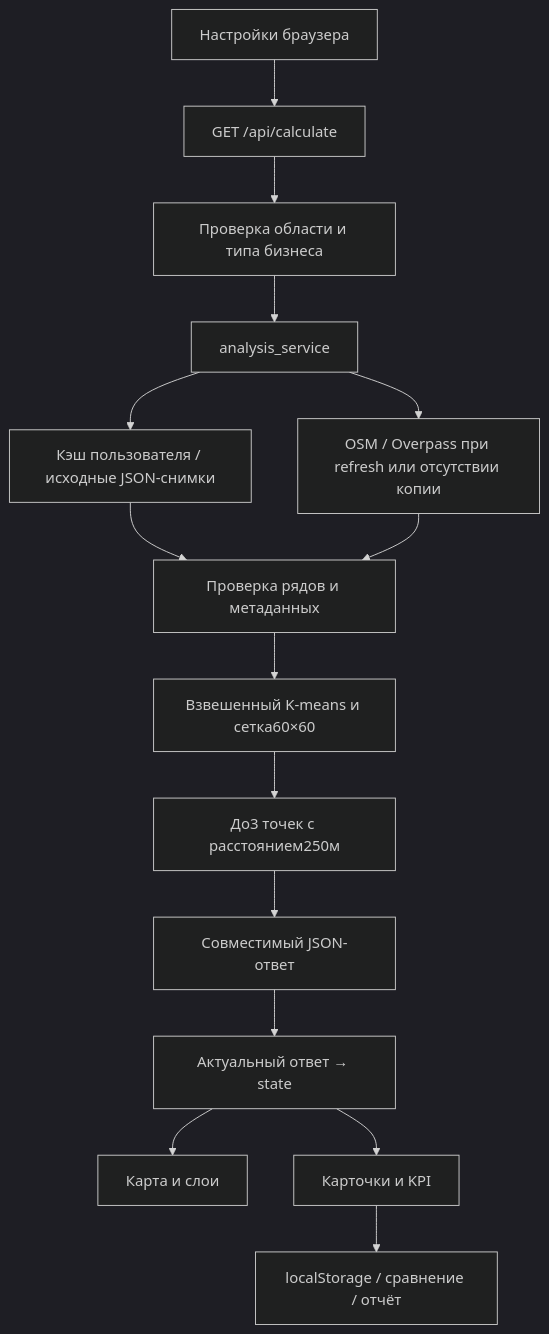
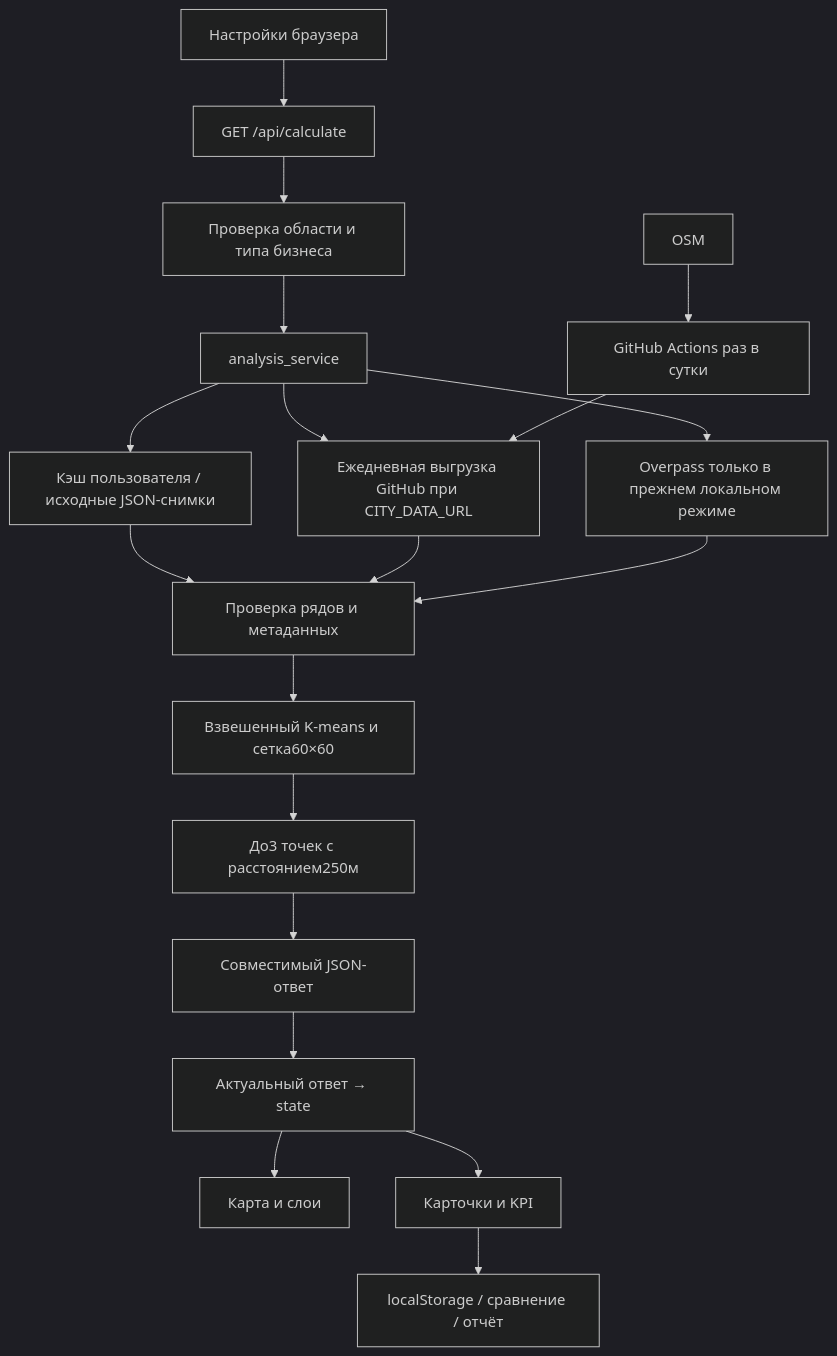
Before and after one commit to MidoriMacbook/geomarketing-lipetsk: the first of 2 diagrams in docs/architecture/data-flow.md, drawn with Mermaid (dark theme). The commit also changed other lines of this file and 9 other files, not shown here.

````diff
--- a/docs/architecture/data-flow.md
+++ b/docs/architecture/data-flow.md
@@ -3,17 +3,21 @@
 ```mermaid
 flowchart TD
   U[Настройки браузера] --> A[GET /api/calculate]
   A --> V[Проверка области и типа бизнеса]
   V --> L[analysis_service]
   L --> C[Кэш пользователя / исходные JSON-снимки]
-  L --> O[OSM / Overpass при refresh или отсутствии копии]
+  L --> F[Ежедневная выгрузка GitHub при CITY_DATA_URL]
+  O[OSM] --> G[GitHub Actions раз в сутки]
+  G --> F
+  L --> LIVE[Overpass только в прежнем локальном режиме]
   C --> R[Проверка рядов и метаданных]
-  O --> R
+  F --> R
+  LIVE --> R
   R --> M[Взвешенный K-means и сетка60×60]
   M --> B[До3 точек с расстоянием250м]
   B --> J[Совместимый JSON-ответ]
   J --> S[Актуальный ответ → state]
   S --> MAP[Карта и слои]
   S --> CARD[Карточки и KPI]
   CARD --> SAVE[localStorage / сравнение / отчёт]
 ```
````
